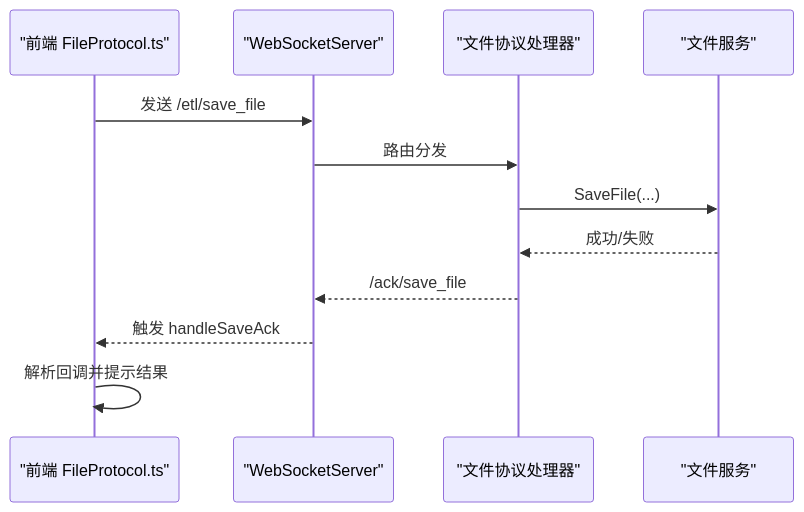
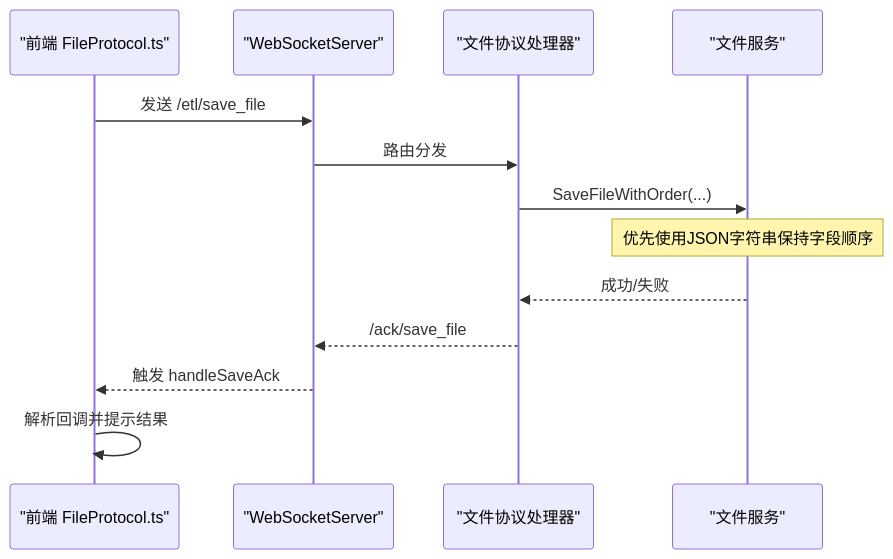
One commit to kqcoxn/MaaPipelineEditor changed the seventh of 8 diagrams in .qoder/repowiki/zh/content/开发者指南/代码结构说明/后端架构设计/协议处理器系统/文件协议处理器.md. Above: the diagram before and after it, drawn with Mermaid. The commit also changed other lines of this file and 31 other files, not shown here.

````diff
--- a/.qoder/repowiki/zh/content/开发者指南/代码结构说明/后端架构设计/协议处理器系统/文件协议处理器.md
+++ b/.qoder/repowiki/zh/content/开发者指南/代码结构说明/后端架构设计/协议处理器系统/文件协议处理器.md
@@ -371,14 +401,15 @@
 ```mermaid
 sequenceDiagram
 participant FE as "前端 FileProtocol.ts"
 participant WS as "WebSocketServer"
 participant FH as "文件协议处理器"
 participant FS as "文件服务"
 FE->>WS : 发送 /etl/save_file
 WS->>FH : 路由分发
-FH->>FS : SaveFile(...)
+FH->>FS : SaveFileWithOrder(...)
+Note over FS : 优先使用JSON字符串保持字段顺序
 FS-->>FH : 成功/失败
 FH-->>WS : /ack/save_file
 WS-->>FE : 触发 handleSaveAck
 FE->>FE : 解析回调并提示结果
 ```
````
